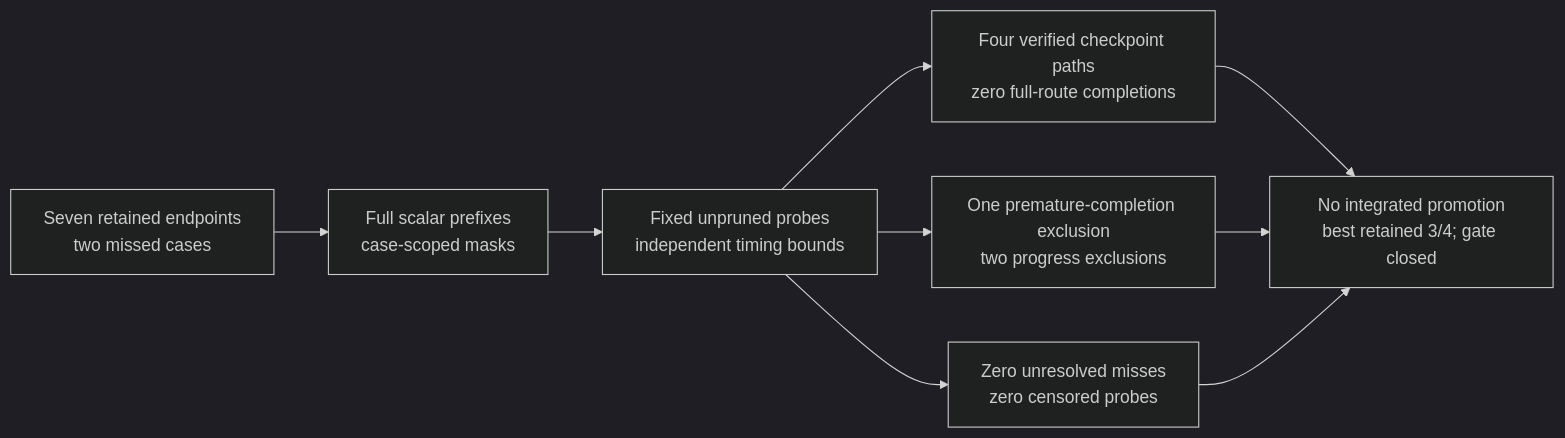
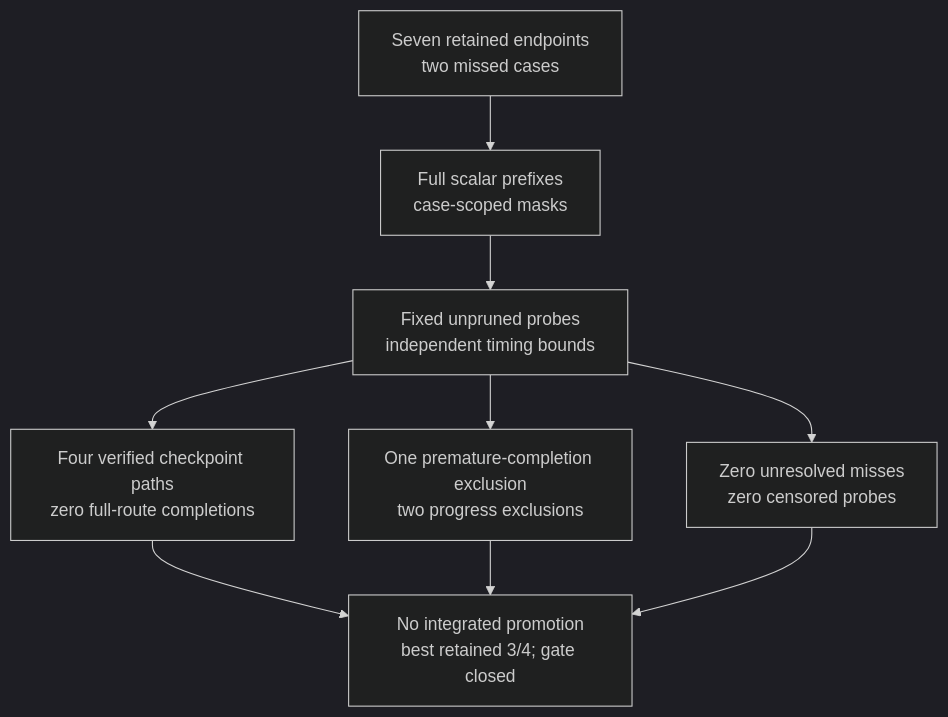
Before and after one commit to manfromnowhere143/sentinel: the seventh of 10 diagrams in docs/ARCHITECTURE.md, drawn with Mermaid (dark theme). The commit also changed other lines of this file and 8 other files, not shown here.

````diff
--- a/docs/ARCHITECTURE.md
+++ b/docs/ARCHITECTURE.md
@@ -624,11 +640,13 @@
 ```mermaid
-flowchart LR
+flowchart TB
+  accTitle: Late-frontier timing audit
+  accDescr: Verified continuations and necessary timing exclusions remain distinct.
   A["Seven retained endpoints<br/>two missed cases"] --> B["Full scalar prefixes<br/>case-scoped masks"]
   B --> C["Fixed unpruned probes<br/>independent timing bounds"]
   C --> D["Four verified checkpoint paths<br/>zero full-route completions"]
   C --> E["One premature-completion exclusion<br/>two progress exclusions"]
   C --> F["Zero unresolved misses<br/>zero censored probes"]
   D --> G["No integrated promotion<br/>best retained 3/4; gate closed"]
   E --> G
   F --> G
 ```
````
